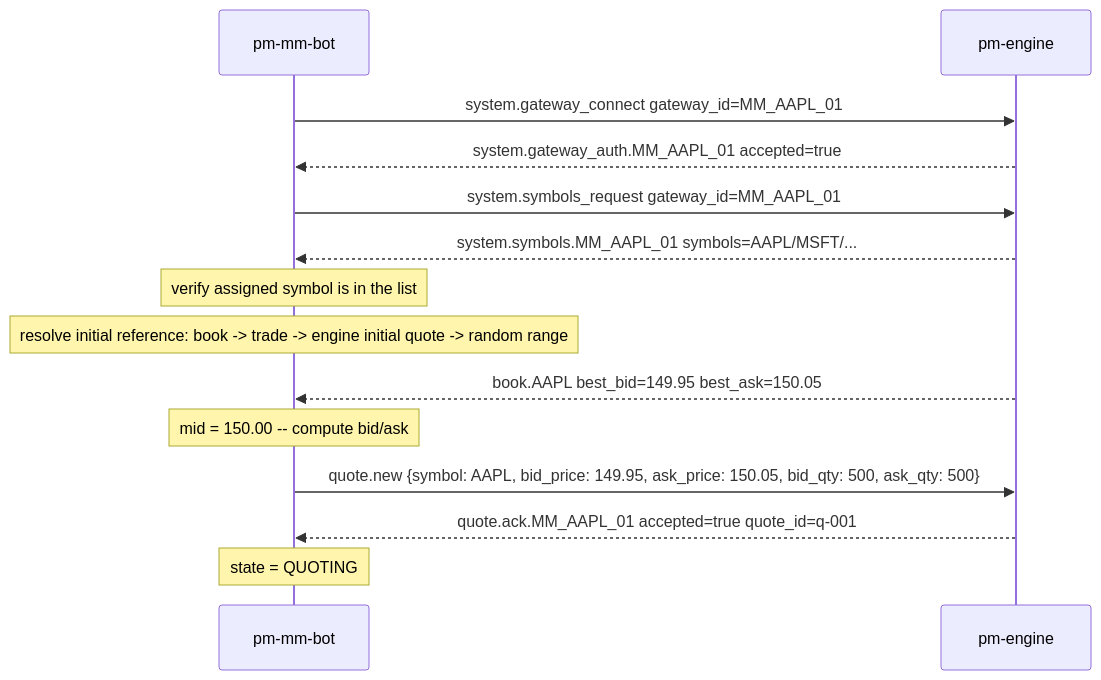
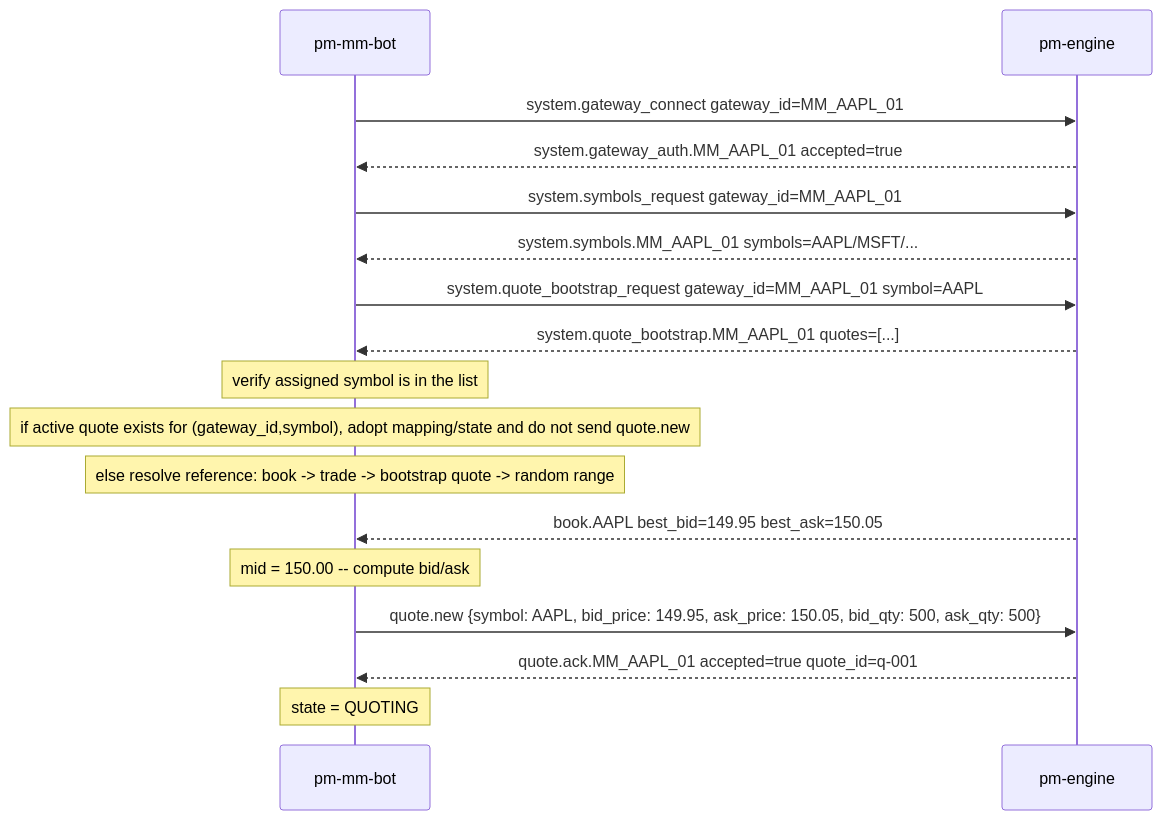
Before and after one commit to johan162/EduMatcher: the third of 6 diagrams in docs-design/EduMatcher-MM-bots.md, drawn with Mermaid. The commit also changed other lines of this file, not shown here.

````diff
--- a/docs-design/EduMatcher-MM-bots.md
+++ b/docs-design/EduMatcher-MM-bots.md
@@ -267,17 +268,20 @@
 ```mermaid
 sequenceDiagram
     participant B as pm-mm-bot
     participant E as pm-engine
 
     B->>E: system.gateway_connect gateway_id=MM_AAPL_01
     E-->>B: system.gateway_auth.MM_AAPL_01 accepted=true
     B->>E: system.symbols_request gateway_id=MM_AAPL_01
     E-->>B: system.symbols.MM_AAPL_01 symbols=AAPL/MSFT/...
+    B->>E: system.quote_bootstrap_request gateway_id=MM_AAPL_01 symbol=AAPL
+    E-->>B: system.quote_bootstrap.MM_AAPL_01 quotes=[...]
     Note over B: verify assigned symbol is in the list
-    Note over B: resolve initial reference: book -> trade -> engine initial quote -> random range
+    Note over B: if active quote exists for (gateway_id,symbol), adopt mapping/state and do not send quote.new
+    Note over B: else resolve reference: book -> trade -> bootstrap quote -> random range
     E-->>B: book.AAPL best_bid=149.95 best_ask=150.05
     Note over B: mid = 150.00 -- compute bid/ask
     B->>E: quote.new {symbol: AAPL, bid_price: 149.95, ask_price: 150.05, bid_qty: 500, ask_qty: 500}
     E-->>B: quote.ack.MM_AAPL_01 accepted=true quote_id=q-001
     Note over B: state = QUOTING
 ```
````
